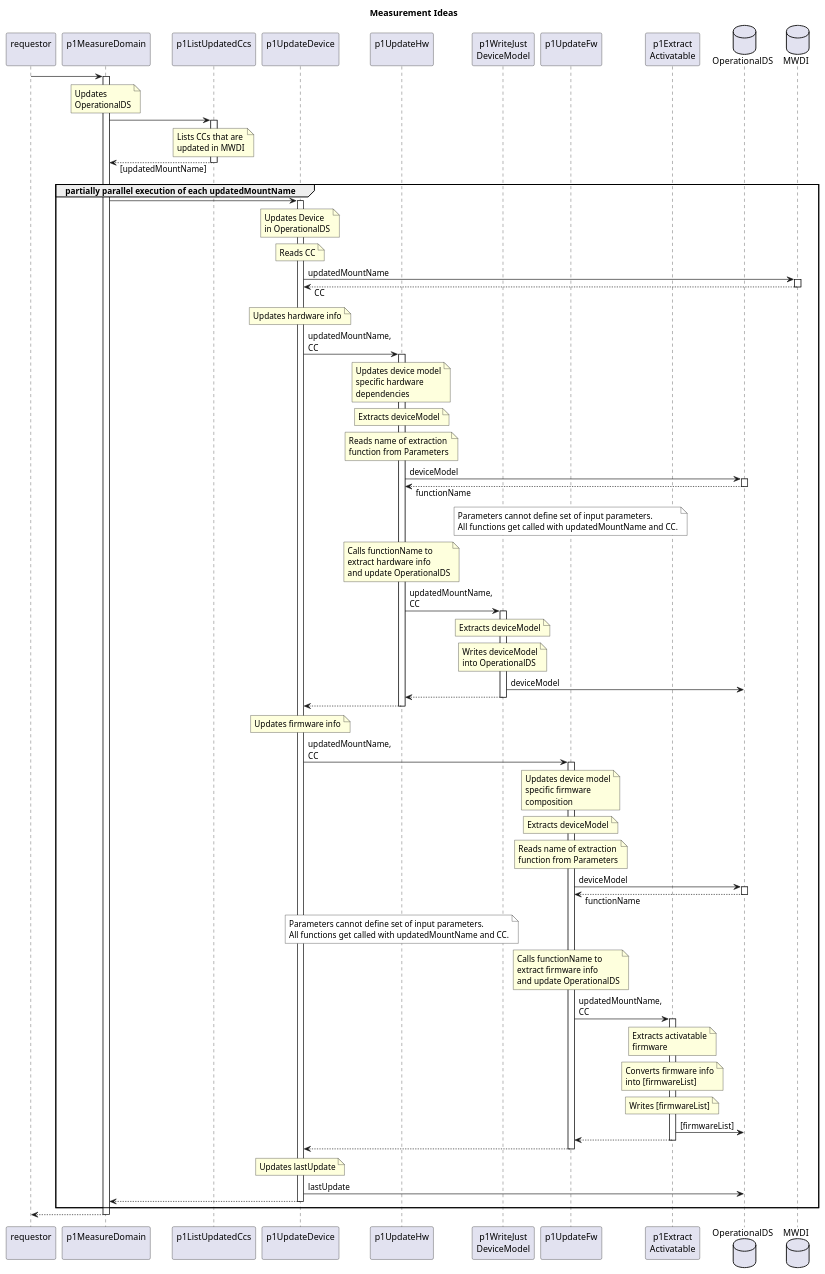
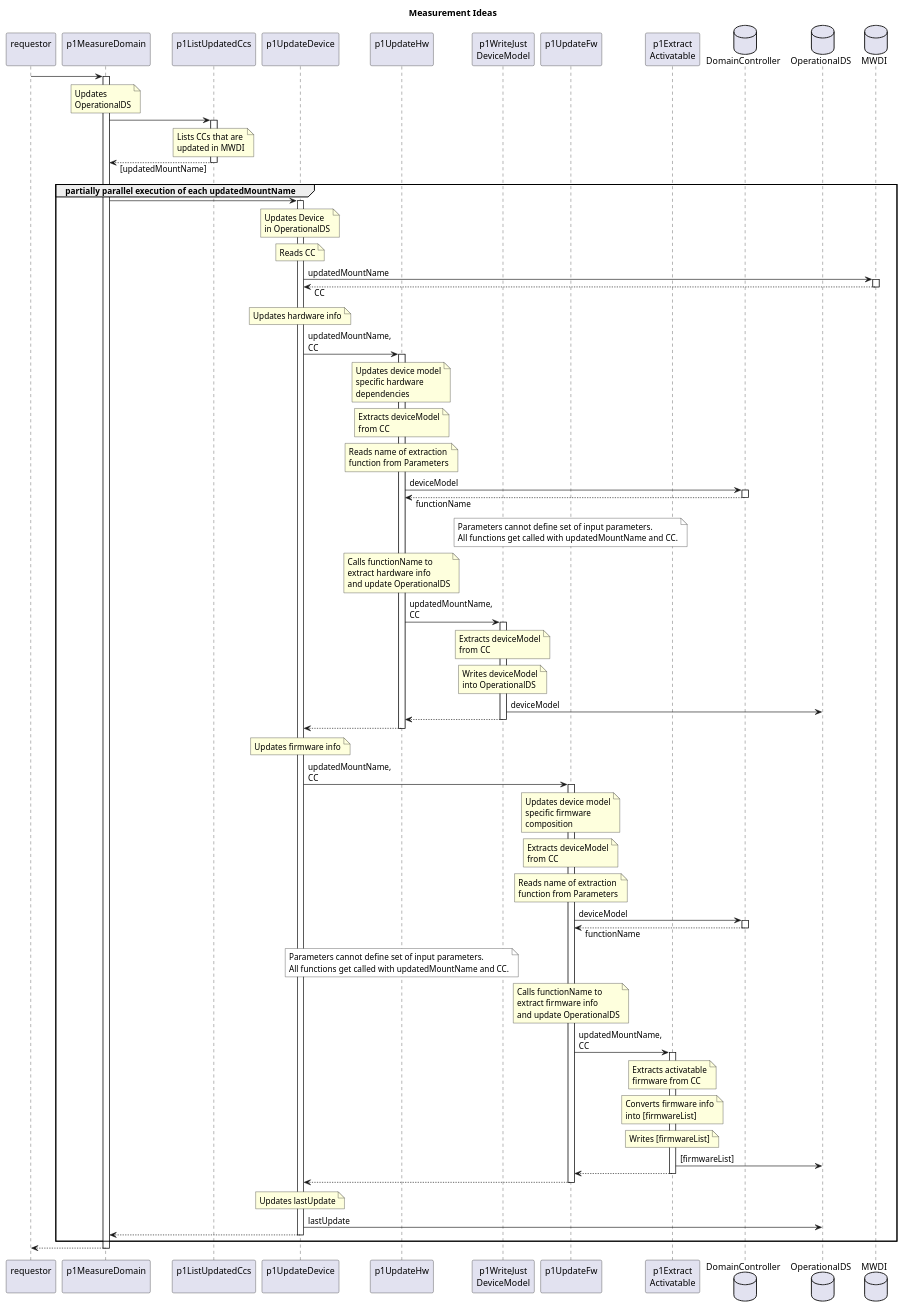
The diagram in spec/Functions/Measurement/measurement_ideas.plantuml (openBackhaul/FirmWareManager), drawn with PlantUML before and after one commit. The commit also changed 1 other file, not shown here.

```diff
--- a/spec/Functions/Measurement/measurement_ideas.plantuml
+++ b/spec/Functions/Measurement/measurement_ideas.plantuml
@@ -1,164 +1,168 @@
 @startuml measurement_ideas
 skinparam responseMessageBelowArrow true
 
 title
   Measurement Ideas
 end title
 
 participant "requestor\n" as requestor
 participant "p1MeasureDomain\n" as indServ
 participant "p1ListUpdatedCcs\n" as listCcs
 participant "p1UpdateDevice\n" as updateCc
 participant "p1UpdateHw\n" as updateHw
 participant "p1WriteJust\nDeviceModel" as writeModel
 participant "p1UpdateFw\n" as updateFw
 participant "p1Extract\nActivatable" as extractAct
 
+database "DomainController" as DC
 database "OperationalDS" as OpDS
 database "MWDI" as Mwdi
 
 requestor -> indServ
 activate indServ
   note over indServ
     Updates
     OperationalDS
   end note
 
   indServ -> listCcs
   activate listCcs
     note over listCcs
       Lists CCs that are
       updated in MWDI
     end note
   indServ <-- listCcs: [updatedMountName]
   deactivate listCcs
 
   group partially parallel execution of each updatedMountName
     indServ -> updateCc
     activate updateCc
       note over updateCc
         Updates Device
         in OperationalDS
       end note
 
       note over updateCc
         Reads CC
       end note
       updateCc -> Mwdi: updatedMountName
       activate Mwdi
       updateCc <-- Mwdi: CC
       deactivate Mwdi
 
       note over updateCc
         Updates hardware info
       end note
       updateCc -> updateHw: updatedMountName,\nCC
       activate updateHw
         note over updateHw
           Updates device model
           specific hardware
           dependencies
         end note
 
         note over updateHw
           Extracts deviceModel
+          from CC
         end note
 
         note over updateHw
           Reads name of extraction
           function from Parameters
         end note
-        updateHw -> OpDS: deviceModel
-        activate OpDS
-        updateHw <-- OpDS: functionName
-        deactivate OpDS
+        updateHw -> DC: deviceModel
+        activate DC
+        updateHw <-- DC: functionName
+        deactivate DC
         note over updateFw #White
           Parameters cannot define set of input parameters.
           All functions get called with updatedMountName and CC.
         end note
 
         note over updateHw
           Calls functionName to
           extract hardware info
           and update OperationalDS
         end note
         updateHw -> writeModel: updatedMountName,\nCC
         activate writeModel
           note over writeModel
             Extracts deviceModel
+            from CC
           end note
           note over writeModel
             Writes deviceModel
             into OperationalDS
           end note
           writeModel -> OpDS: deviceModel
         updateHw <-- writeModel
         deactivate writeModel
       updateCc <-- updateHw
       deactivate updateHw
 
       note over updateCc
         Updates firmware info
       end note
       updateCc -> updateFw: updatedMountName,\nCC
       activate updateFw
         note over updateFw
           Updates device model
           specific firmware
           composition
         end note
 
         note over updateFw
           Extracts deviceModel
+          from CC
         end note
 
         note over updateFw
           Reads name of extraction
           function from Parameters
         end note
-        updateFw -> OpDS: deviceModel
-        activate OpDS
-        updateFw <-- OpDS: functionName
-        deactivate OpDS
+        updateFw -> DC: deviceModel
+        activate DC
+        updateFw <-- DC: functionName
+        deactivate DC
         note over updateHw #White
           Parameters cannot define set of input parameters.
           All functions get called with updatedMountName and CC.
         end note
 
         note over updateFw
           Calls functionName to
           extract firmware info
           and update OperationalDS
         end note
         updateFw -> extractAct: updatedMountName,\nCC
         activate extractAct
           note over extractAct
             Extracts activatable
-            firmware
+            firmware from CC
           end note
           note over extractAct
             Converts firmware info
             into [firmwareList]
           end note
           note over extractAct
             Writes [firmwareList]
           end note
           extractAct -> OpDS: [firmwareList]
         updateFw <-- extractAct
         deactivate extractAct
       updateCc <-- updateFw
       deactivate updateFw
 
       note over updateCc
         Updates lastUpdate
       end note
       updateCc -> OpDS: lastUpdate
 
     indServ <-- updateCc
     deactivate updateCc
   end group updatedMountNames
 
 requestor <-- indServ
 deactivate indServ
 
 @enduml
```
